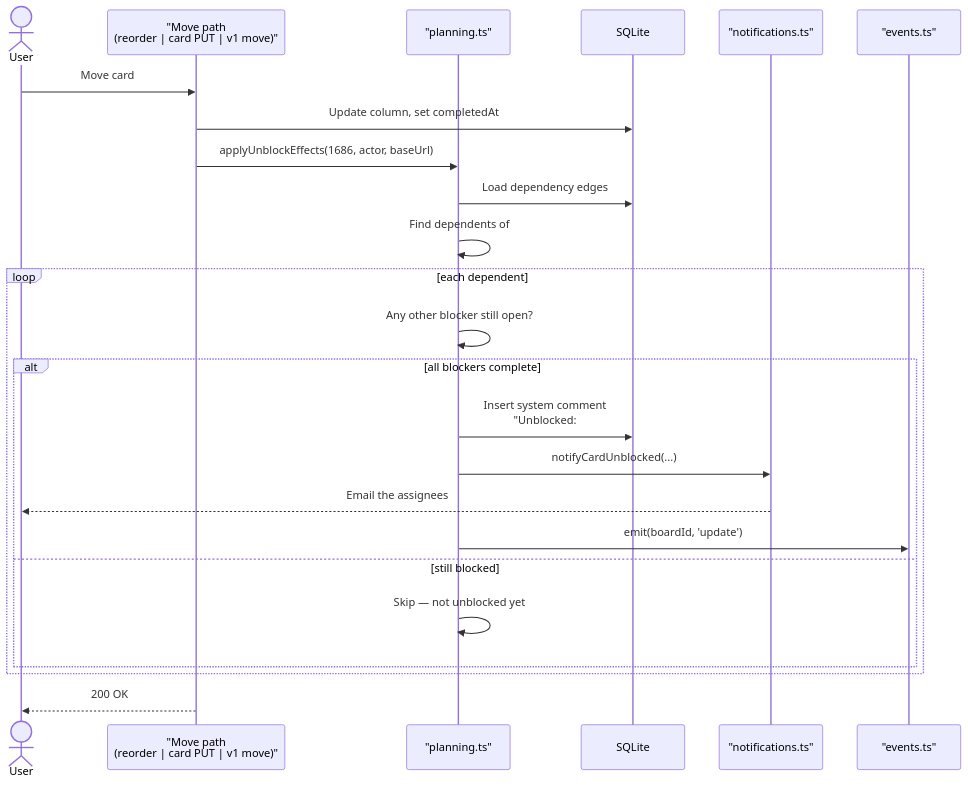
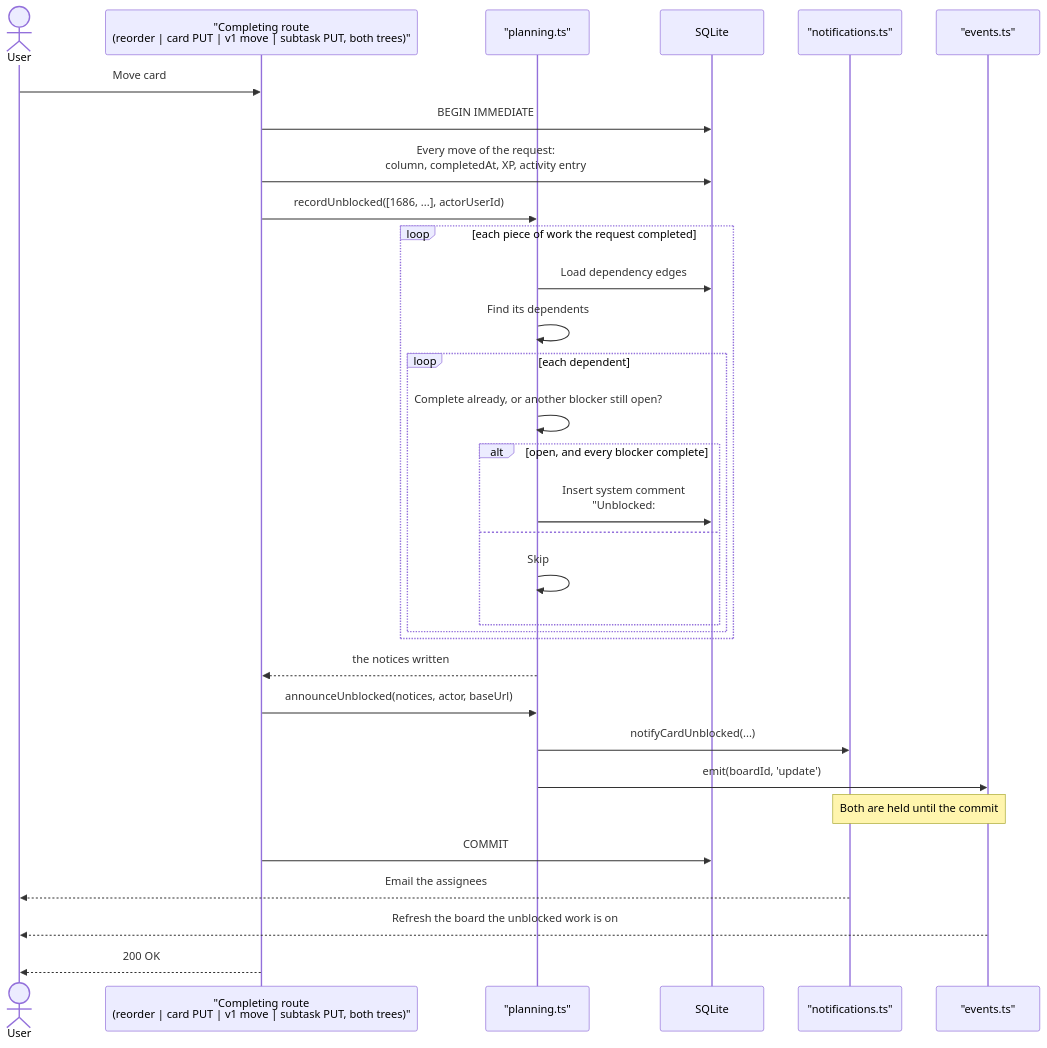
The fifth of 5 diagrams in docs/critical-path-planning.md (gitBoon/DumpFire), drawn with Mermaid before and after one commit. The commit also changed other lines of this file and 317 other files, not shown here.

````diff
--- a/docs/critical-path-planning.md
+++ b/docs/critical-path-planning.md
@@ -260,27 +402,35 @@
 ```mermaid
 sequenceDiagram
     actor User
-    participant Route as "Move path<br/>(reorder | card PUT | v1 move)"
+    participant Route as "Completing route<br/>(reorder | card PUT | v1 move | subtask PUT, both trees)"
     participant Plan as "planning.ts"
     participant DB as SQLite
     participant Notify as "notifications.ts"
     participant SSE as "events.ts"
 
     User->>Route: Move card #1686 to Complete
-    Route->>DB: Update column, set completedAt
-    Route->>Plan: applyUnblockEffects(1686, actor, baseUrl)
-    Plan->>DB: Load dependency edges
-    Plan->>Plan: Find dependents of #1686
-    loop each dependent
-        Plan->>Plan: Any other blocker still open?
-        alt all blockers complete
-            Plan->>DB: Insert system comment<br/>"Unblocked: #1686 … completed"
-            Plan->>Notify: notifyCardUnblocked(...)
-            Notify-->>User: Email the assignees
-            Plan->>SSE: emit(boardId, 'update')
-        else still blocked
-            Plan->>Plan: Skip — not unblocked yet
+    Route->>DB: BEGIN IMMEDIATE
+    Route->>DB: Every move of the request:<br/>column, completedAt, XP, activity entry
+    Route->>Plan: recordUnblocked([1686, ...], actorUserId)
+    loop each piece of work the request completed
+        Plan->>DB: Load dependency edges
+        Plan->>Plan: Find its dependents
+        loop each dependent
+            Plan->>Plan: Complete already, or another blocker still open?
+            alt open, and every blocker complete
+                Plan->>DB: Insert system comment<br/>"Unblocked: #1686 … completed"
+            else
+                Plan->>Plan: Skip
+            end
         end
     end
+    Plan-->>Route: the notices written
+    Route->>Plan: announceUnblocked(notices, actor, baseUrl)
+    Plan->>Notify: notifyCardUnblocked(...)
+    Plan->>SSE: emit(boardId, 'update')
+    Note over Notify,SSE: Both are held until the commit
+    Route->>DB: COMMIT
+    Notify-->>User: Email the assignees
+    SSE-->>User: Refresh the board the unblocked work is on
     Route-->>User: 200 OK
 ```
````
